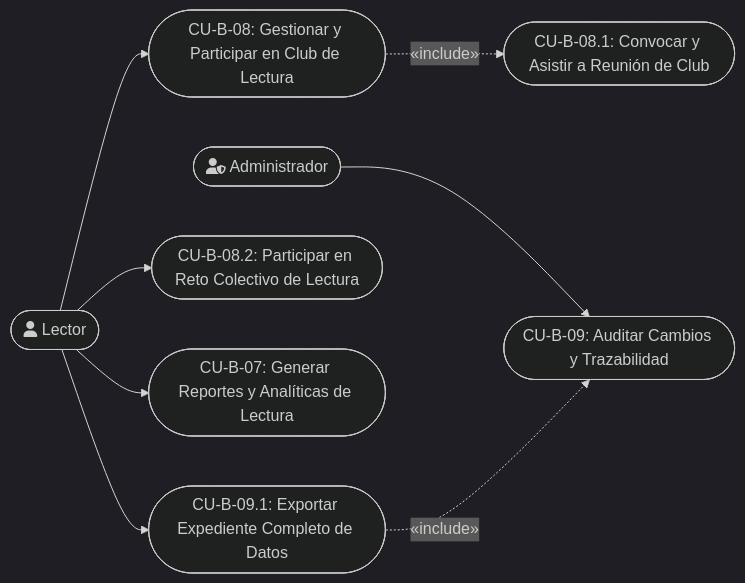
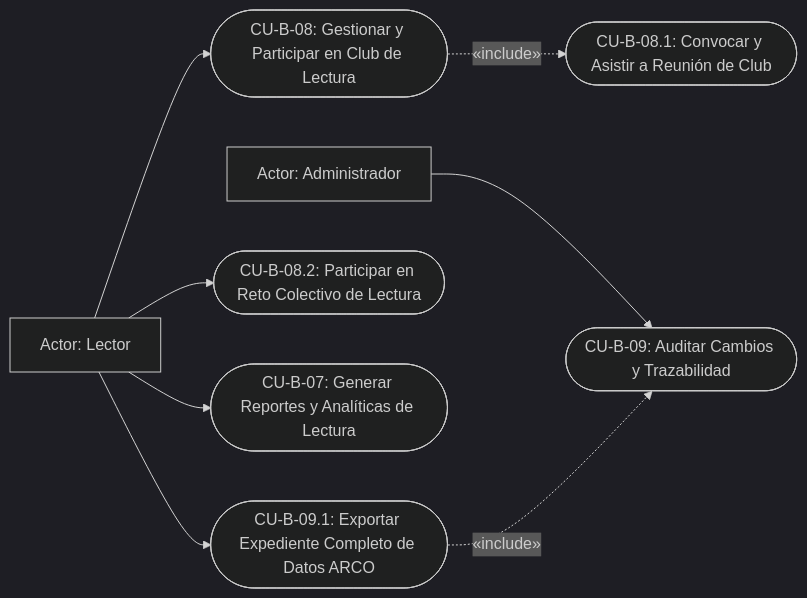
Before and after one commit to Nataliadleon/Proyecto-integrador: the fifth of 6 diagrams in AMSI/1.2 Modelado del Negocio y Casos de Uso.md, drawn with Mermaid (dark theme). The commit also changed other lines of this file, not shown here.

Commit message:
Fix: Corregir sintaxis Mermaid en diagramas 2.1, 2.2, 2.3 y secuencia para renderizado en GitHub

````diff
--- a/AMSI/1.2 Modelado del Negocio y Casos de Uso.md
+++ b/AMSI/1.2 Modelado del Negocio y Casos de Uso.md
@@ -155,21 +155,21 @@
 ```mermaid
 flowchart LR
-    Lector(["fa:fa-user Lector"])
-    Admin(["fa:fa-user-shield Administrador"])
+    Lector["Actor: Lector"]
+    Admin["Actor: Administrador"]
 
     CU_Club(["CU-B-08: Gestionar y Participar en Club de Lectura"])
     CU_Reunion(["CU-B-08.1: Convocar y Asistir a Reunión de Club"])
     CU_Retos(["CU-B-08.2: Participar en Reto Colectivo de Lectura"])
     CU_Estadisticas(["CU-B-07: Generar Reportes y Analíticas de Lectura"])
     CU_Auditoria(["CU-B-09: Auditar Cambios y Trazabilidad"])
-    CU_Exportar(["CU-B-09.1: Exportar Expediente Completo de Datos"])
+    CU_Exportar(["CU-B-09.1: Exportar Expediente Completo de Datos ARCO"])
 
     Lector --> CU_Club
     Lector --> CU_Retos
     Lector --> CU_Estadisticas
     Lector --> CU_Exportar
     Admin --> CU_Auditoria
 
-    CU_Club -.->|«include»| CU_Reunion
-    CU_Exportar -.->|«include»| CU_Auditoria
+    CU_Club -.->|"«include»"| CU_Reunion
+    CU_Exportar -.->|"«include»"| CU_Auditoria
 ```
````
